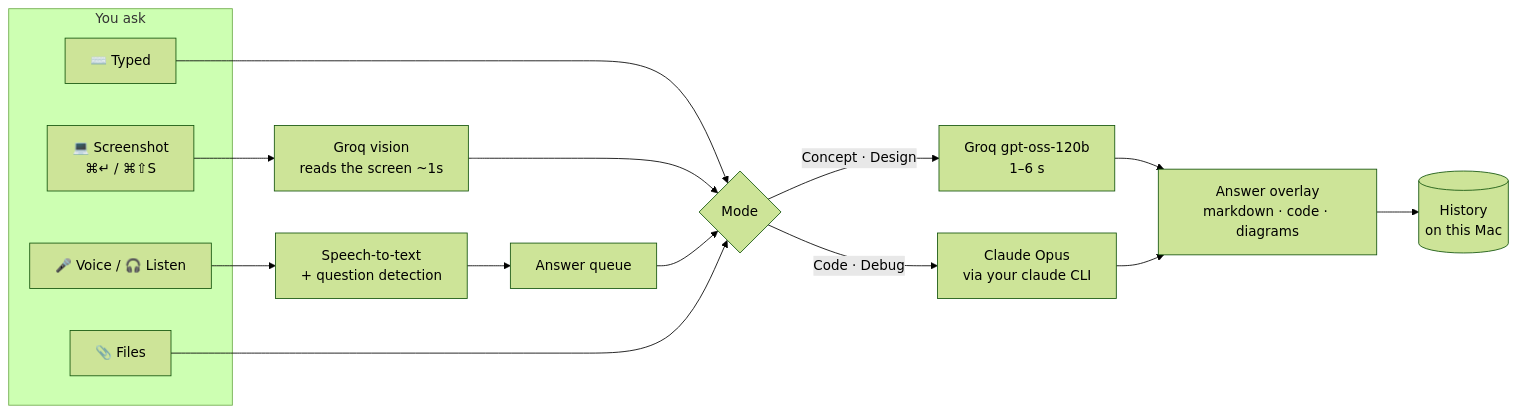
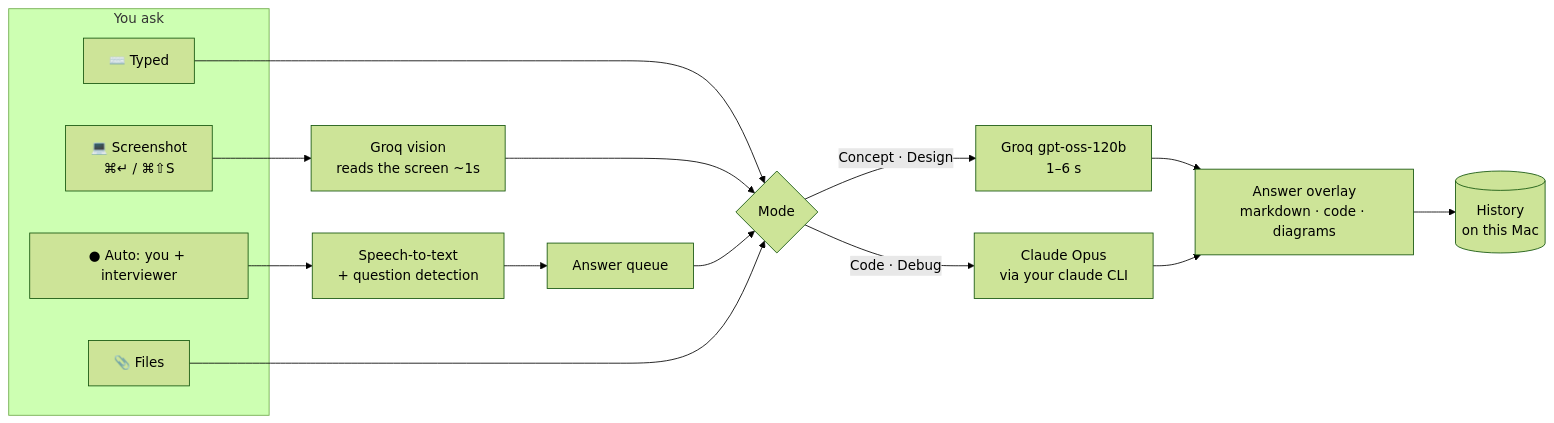
Before and after one commit to rahulsjha/BeastAI: the diagram in README.md, drawn with Mermaid (forest theme). The commit also changed other lines of this file and 19 other files, not shown here.

Commit message:
One Auto switch (on at start) hears you + interviewer and answers every question as a chat thread; 💻 shows send/add-more options; same answer layout per mode; faster answers (Groq low reasoning, fast model for spoken questions, 0.6s end-of-speech); screenshots never stall in a hidden page

````diff
--- a/README.md
+++ b/README.md
@@ -460,20 +462,20 @@
 ```mermaid
 flowchart LR
     subgraph IN[" You ask "]
       T[⌨️ Typed]
       S[💻 Screenshot<br/>⌘↵ / ⌘⇧S]
-      V[🎤 Voice / 🎧 Listen]
+      V[● Auto: you + interviewer]
       F[📎 Files]
     end
     S --> VIS[Groq vision<br/>reads the screen ~1s]
     V --> STT[Speech-to-text<br/>+ question detection]
     T --> R{Mode}
     VIS --> R
     STT --> Q[Answer queue] --> R
     F --> R
     R -- Concept · Design --> G[Groq gpt-oss-120b<br/>1–6 s]
     R -- Code · Debug --> C[Claude Opus<br/>via your claude CLI]
     G --> A[Answer overlay<br/>markdown · code · diagrams]
     C --> A
     A --> H[(History<br/>on this Mac)]
 ```
````
